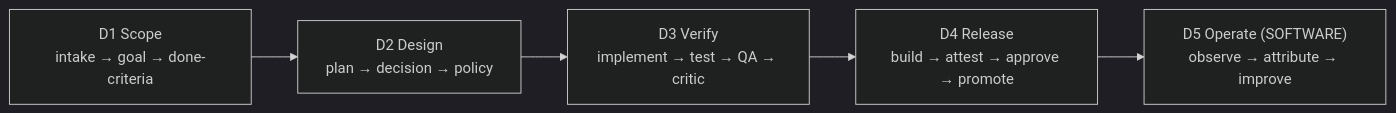
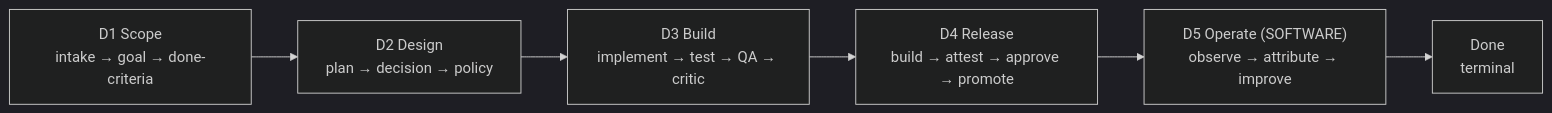
The fifth of 6 diagrams in docs/architecture.md (markfietje/brain-server), drawn with Mermaid (dark theme) before and after one commit. The commit also changed other lines of this file and 1 other file, not shown here.

First line of the commit message:
docs: correct four diagram defects, and pin the diagrams against the code

````diff
--- a/docs/architecture.md
+++ b/docs/architecture.md
@@ -371,7 +378,8 @@
 ```mermaid
 flowchart LR
     D1["D1 Scope<br/>intake → goal → done-criteria"] --> D2["D2 Design<br/>plan → decision → policy"]
-    D2 --> D3["D3 Verify<br/>implement → test → QA → critic"]
+    D2 --> D3["D3 Build<br/>implement → test → QA → critic"]
     D3 --> D4["D4 Release<br/>build → attest → approve → promote"]
     D4 --> D5["D5 Operate (SOFTWARE)<br/>observe → attribute → improve"]
+    D5 --> D6["Done<br/>terminal"]
 ```
````
